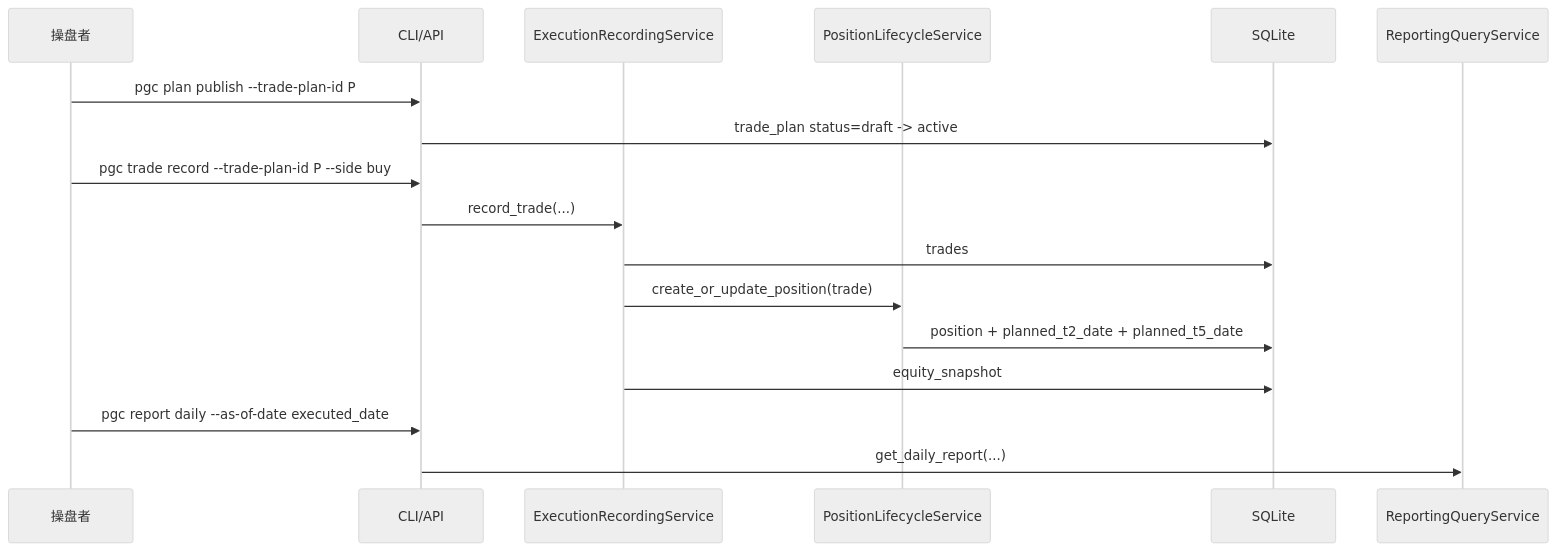
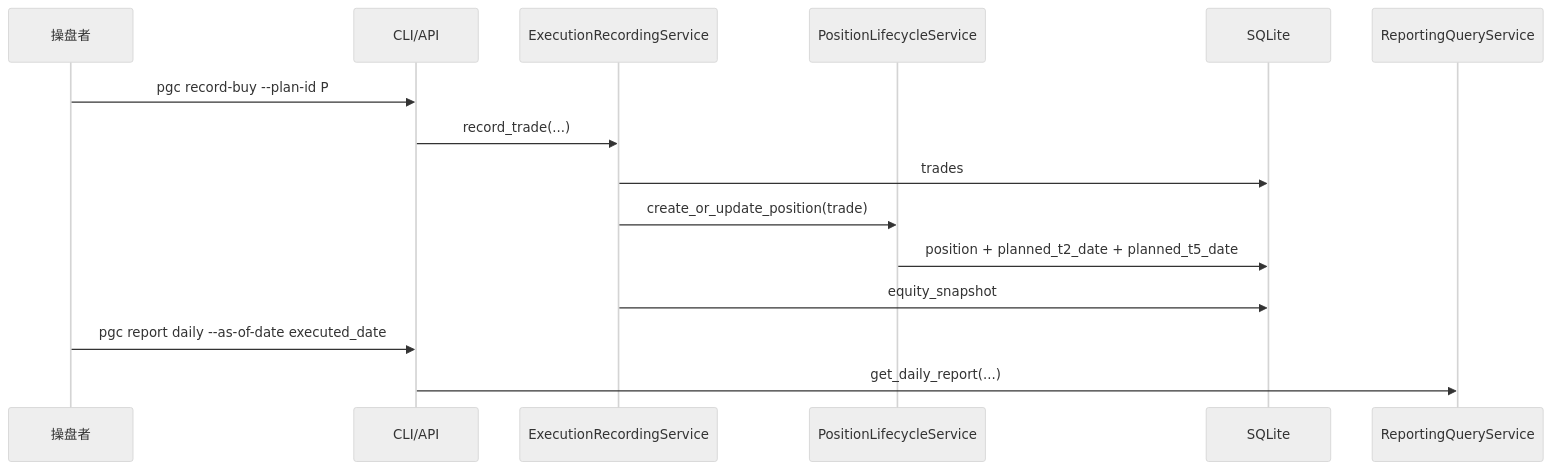
Before and after one commit to Azbboo/pgc-a: the third of 4 diagrams in reports/api_cli_contract_design.md, drawn with Mermaid (neutral theme). The commit also changed other lines of this file and 5 other files, not shown here.

Commit message:
Wire buy plan CLI command

````diff
--- a/reports/api_cli_contract_design.md
+++ b/reports/api_cli_contract_design.md
@@ -711,20 +714,18 @@
 ```mermaid
 sequenceDiagram
   participant Op as 操盘者
   participant CLI as CLI/API
   participant Trade as ExecutionRecordingService
   participant Position as PositionLifecycleService
   participant Store as SQLite
   participant Report as ReportingQueryService
 
-  Op->>CLI: pgc plan publish --trade-plan-id P
-  CLI->>Store: trade_plan status=draft -> active
-  Op->>CLI: pgc trade record --trade-plan-id P --side buy
+  Op->>CLI: pgc record-buy --plan-id P
   CLI->>Trade: record_trade(...)
   Trade->>Store: trades
   Trade->>Position: create_or_update_position(trade)
   Position->>Store: position + planned_t2_date + planned_t5_date
   Trade->>Store: equity_snapshot
   Op->>CLI: pgc report daily --as-of-date executed_date
   CLI->>Report: get_daily_report(...)
 ```
````
